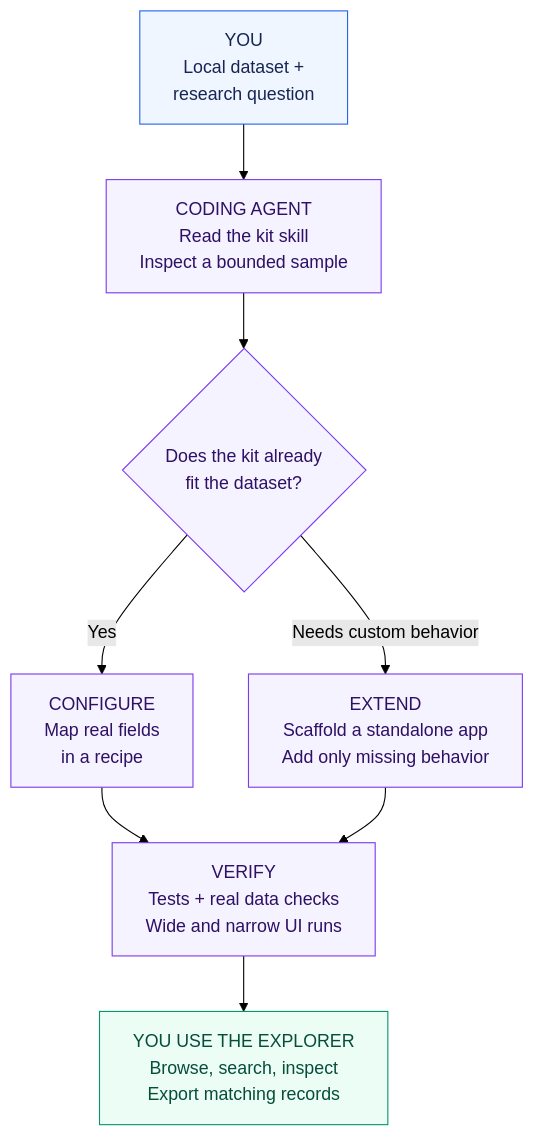
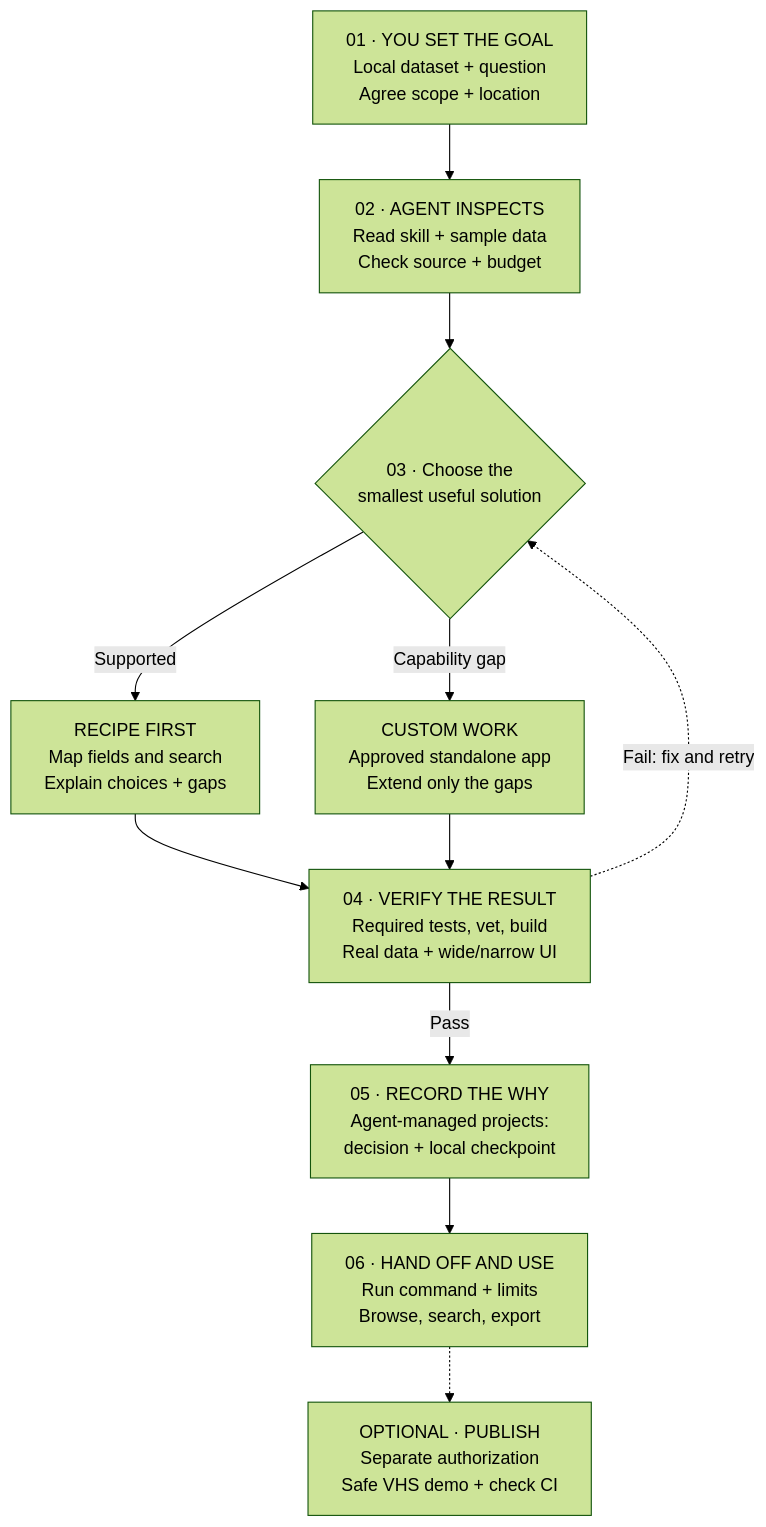
Before and after one commit to Dataset-explorer-tui-kit/.github: the diagram in profile/assets/kit-workflow.mmd, drawn with Mermaid (forest theme). The commit also changed 8 other files, not shown here.

Commit message:
docs: refresh whole-kit and agent-workflow Pele diagrams for light and dark mode

```diff
--- a/profile/assets/kit-workflow.mmd
+++ b/profile/assets/kit-workflow.mmd
@@ -1,21 +1,25 @@
 flowchart TD
-    question["YOU<br/>Local dataset +<br/>research question"]
-    agent["CODING AGENT<br/>Read the kit skill<br/>Inspect a bounded sample"]
-    choice{"Does the kit already<br/>fit the dataset?"}
-    recipe["CONFIGURE<br/>Map real fields<br/>in a recipe"]
-    scaffold["EXTEND<br/>Scaffold a standalone app<br/>Add only missing behavior"]
-    verify["VERIFY<br/>Tests + real data checks<br/>Wide and narrow UI runs"]
-    app["YOU USE THE EXPLORER<br/>Browse, search, inspect<br/>Export matching records"]
-    question --> agent
-    agent --> choice
-    choice -->|Yes| recipe
-    choice -->|Needs custom behavior| scaffold
+    intent["01 · YOU SET THE GOAL<br/>Local dataset + question<br/>Agree scope + location"]
+    inspect["02 · AGENT INSPECTS<br/>Read skill + sample data<br/>Check source + budget"]
+    fit{"03 · Choose the<br/>smallest useful solution"}
+    recipe["RECIPE FIRST<br/>Map fields and search<br/>Explain choices + gaps"]
+    custom["CUSTOM WORK<br/>Approved standalone app<br/>Extend only the gaps"]
+    verify["04 · VERIFY THE RESULT<br/>Required tests, vet, build<br/>Real data + wide/narrow UI"]
+    history["05 · RECORD THE WHY<br/>Agent-managed projects:<br/>decision + local checkpoint"]
+    use["06 · HAND OFF AND USE<br/>Run command + limits<br/>Browse, search, export"]
+    publish["OPTIONAL · PUBLISH<br/>Separate authorization<br/>Safe VHS demo + check CI"]
+    intent --> inspect
+    inspect --> fit
+    fit -->|Supported| recipe
+    fit -->|Capability gap| custom
     recipe --> verify
-    scaffold --> verify
-    verify --> app
-    classDef human fill:#eff6ff,stroke:#2563eb,color:#172554
-    classDef build fill:#f5f3ff,stroke:#7c3aed,color:#2e1065
-    classDef runtime fill:#ecfdf5,stroke:#059669,color:#064e3b
-    class question human
-    class agent,choice,recipe,scaffold,verify build
-    class app runtime
+    custom --> verify
+    verify -->|Pass| history
+    verify -.->|Fail: fix and retry| fit
+    history --> use
+    use -.-> publish
+    class intent input
+    class inspect,fit,recipe,custom agent
+    class verify,history core
+    class use output
+    class publish optional
```
